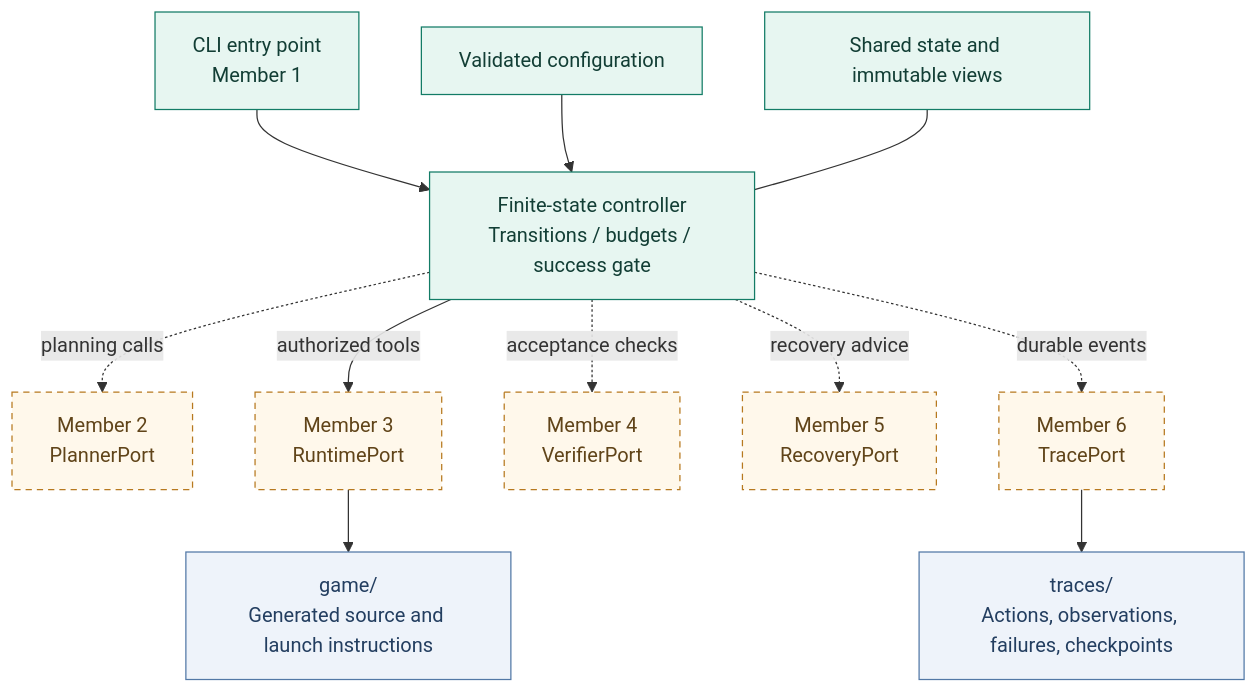
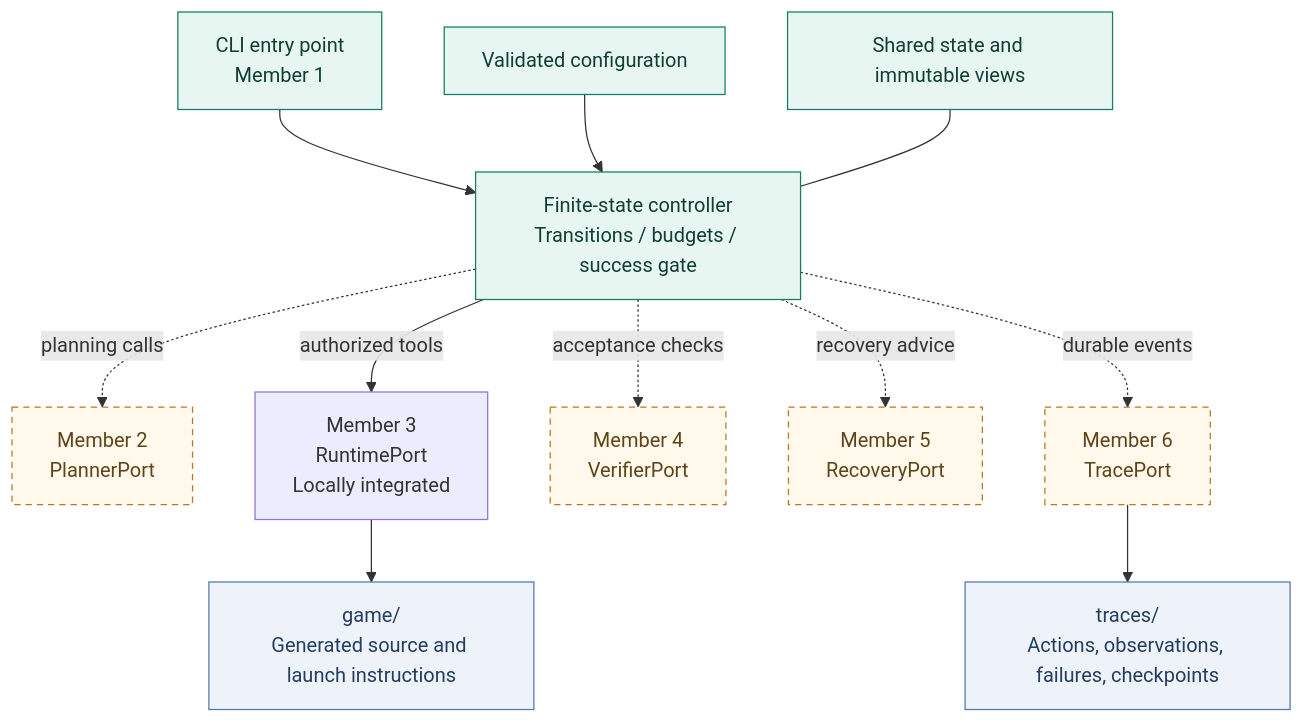
The first of 3 diagrams in README.md (shirley830/6203-game-coding-agent), drawn with Mermaid before and after one commit. The commit also changed other lines of this file and 16 other files, not shown here.

Commit message:
Integrate Member 3 runtime and fix bounded process-group cleanup

````diff
--- a/README.md
+++ b/README.md
@@ -90,20 +90,21 @@
 ```mermaid
 flowchart TB
     CLI["CLI entry point<br/>Member 1"] --> C["Finite-state controller<br/>Transitions / budgets / success gate"]
     CFG["Validated configuration"] --> C
     STATE["Shared state and immutable views"] --- C
     C -. "planning calls" .-> P["Member 2<br/>PlannerPort"]
-    C -->|"authorized tools"| RT["Member 3<br/>RuntimePort"]
+    C -->|"authorized tools"| RT["Member 3<br/>RuntimePort<br/>Locally integrated"]
     C -. "acceptance checks" .-> V["Member 4<br/>VerifierPort"]
     C -. "recovery advice" .-> R["Member 5<br/>RecoveryPort"]
     C -. "durable events" .-> T["Member 6<br/>TracePort"]
     RT --> G["game/<br/>Generated source and launch instructions"]
     T --> LOG["traces/<br/>Actions, observations, failures, checkpoints"]
 
     classDef ready fill:#e7f6f1,stroke:#137c66,color:#123e35;
     classDef pending fill:#fff8eb,stroke:#b7791f,color:#604419,stroke-dasharray:5 4;
     classDef artifact fill:#eef3fa,stroke:#5278a6,color:#233e60;
     class CLI,C,CFG,STATE ready;
-    class P,RT,V,R,T pending;
+    class P,V,R,T pending;
+    class RT implemented;
     class G,LOG artifact;
 ```
````
